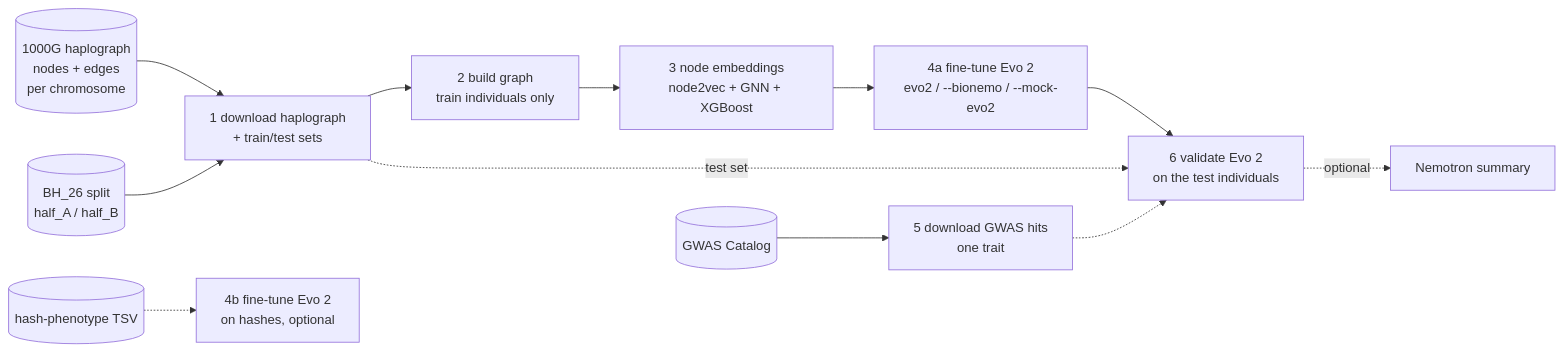
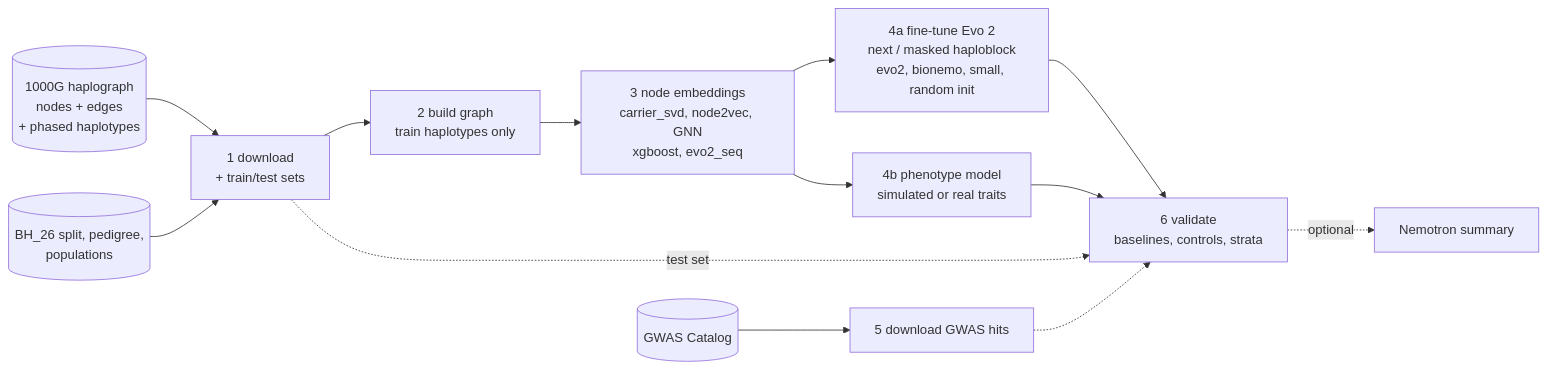
One commit to collaborativebioinformatics/GenoPheno_Embedding_Validator changed the diagram in DOCUMENTATION.md. Above: the diagram before and after it, drawn with Mermaid. The commit also changed other lines of this file and 11 other files, not shown here.

````diff
--- a/DOCUMENTATION.md
+++ b/DOCUMENTATION.md
@@ -16,14 +16,15 @@
 ```mermaid
 flowchart LR
-    D[(1000G haplograph<br/>nodes + edges<br/>per chromosome)] --> S1[1 download haplograph<br/>+ train/test sets]
-    SP[(BH_26 split<br/>half_A / half_B)] --> S1
-    S1 --> S2[2 build graph<br/>train individuals only]
-    S2 --> S3[3 node embeddings<br/>node2vec + GNN + XGBoost]
-    S3 --> S4[4a fine-tune Evo 2<br/>evo2 / --bionemo / --mock-evo2]
-    H[(hash-phenotype TSV)] -.-> S4b[4b fine-tune Evo 2<br/>on hashes, optional]
-    C[(GWAS Catalog)] --> S5[5 download GWAS hits<br/>one trait]
-    S4 --> S6[6 validate Evo 2<br/>on the test individuals]
+    D[(1000G haplograph<br/>nodes + edges<br/>+ phased haplotypes)] --> S1[1 download<br/>+ train/test sets]
+    SP[(BH_26 split, pedigree,<br/>populations)] --> S1
+    S1 --> S2[2 build graph<br/>train haplotypes only]
+    S2 --> S3[3 node embeddings<br/>carrier_svd, node2vec, GNN<br/>xgboost, evo2_seq]
+    S3 --> S4[4a fine-tune Evo 2<br/>next / masked haploblock<br/>evo2, bionemo, small, random init]
+    S3 --> S4b[4b phenotype model<br/>simulated or real traits]
+    C[(GWAS Catalog)] --> S5[5 download GWAS hits]
+    S4 --> S6[6 validate<br/>baselines, controls, strata]
+    S4b --> S6
     S1 -.test set.-> S6
     S5 -.-> S6
     S6 -.optional.-> N[Nemotron summary]
 ```
````
